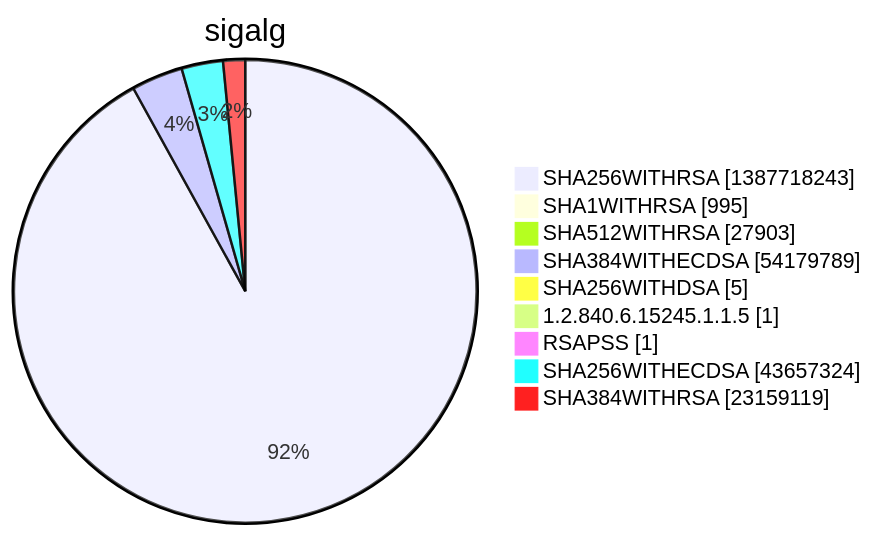
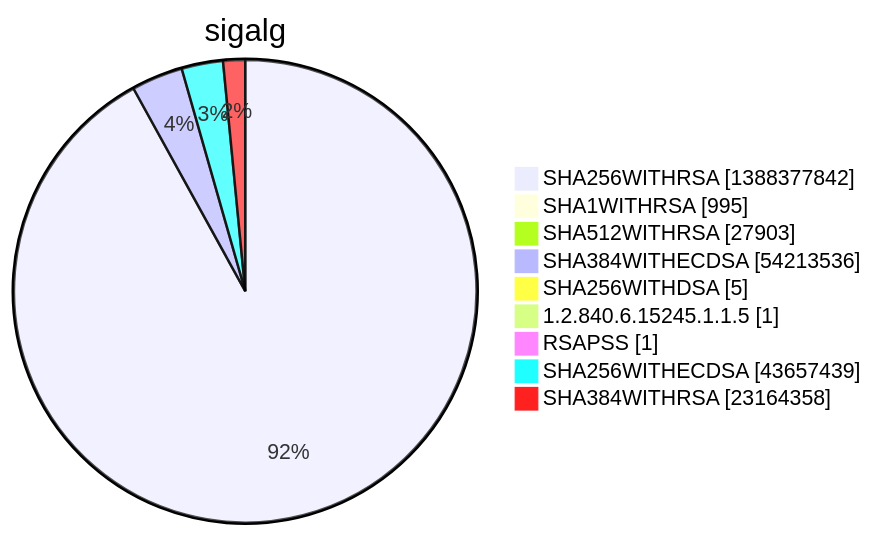
Before and after one commit to christiankrug/ctmonitor_visualization: diagram 15 of 15 in xenon2022/README.md, drawn with Mermaid. The commit also changed other lines of this file, not shown here.

````diff
--- a/xenon2022/README.md
+++ b/xenon2022/README.md
@@ -5854,13 +5855,13 @@
 ```mermaid
 pie showData
 title sigalg
-"SHA256WITHRSA" :1387718243
+"SHA256WITHRSA" :1388377842
 "SHA1WITHRSA" :995
 "SHA512WITHRSA" :27903
-"SHA384WITHECDSA" :54179789
+"SHA384WITHECDSA" :54213536
 "SHA256WITHDSA" :5
 "1.2.840.6.15245.1.1.5" :1
 "RSAPSS" :1
-"SHA256WITHECDSA" :43657324
-"SHA384WITHRSA" :23159119
+"SHA256WITHECDSA" :43657439
+"SHA384WITHRSA" :23164358
 ```
````
